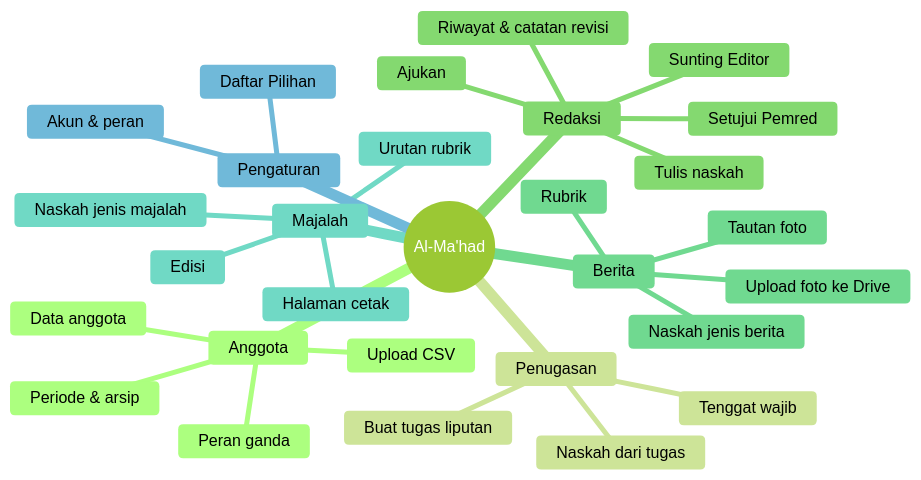
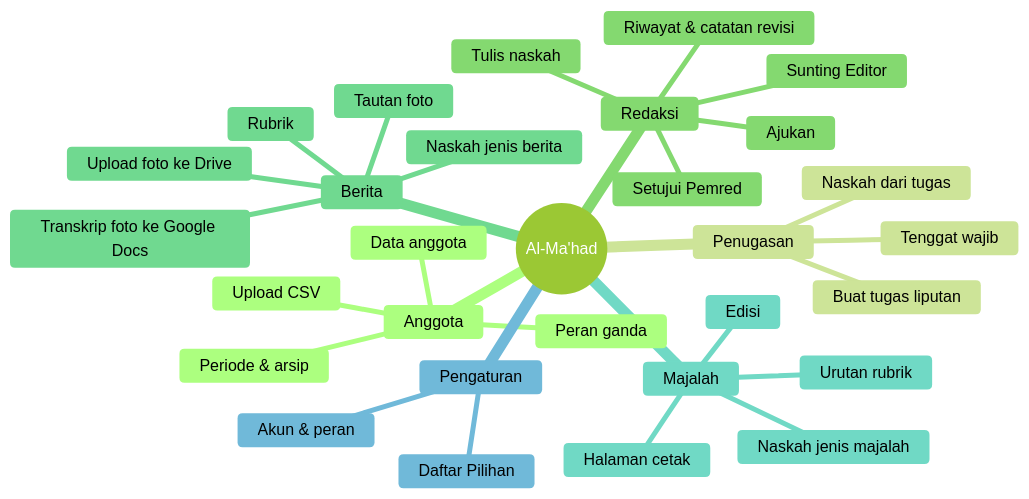
One commit to Peelutk/almahad changed the first of 4 diagrams in DESAIN.md. Above: the diagram before and after it, drawn with Mermaid (forest theme). The commit also changed other lines of this file and 14 other files, not shown here.

First line of the commit message:
Transkrip foto (Gemini) → pratinjau → Google Docs / isi naskah

````diff
--- a/DESAIN.md
+++ b/DESAIN.md
@@ -80,32 +86,33 @@
 ```mermaid
 mindmap
   root((Al-Ma'had))
     Anggota
       Data anggota
       Upload CSV
       Peran ganda
       Periode & arsip
     Penugasan
       Buat tugas liputan
       Tenggat wajib
       Naskah dari tugas
     Redaksi
       Tulis naskah
       Ajukan
       Sunting Editor
       Setujui Pemred
       Riwayat & catatan revisi
     Berita
       Naskah jenis berita
       Rubrik
       Tautan foto
       Upload foto ke Drive
+      Transkrip foto ke Google Docs
     Majalah
       Edisi
       Naskah jenis majalah
       Urutan rubrik
       Halaman cetak
     Pengaturan
       Akun & peran
       Daftar Pilihan
 ```
````
